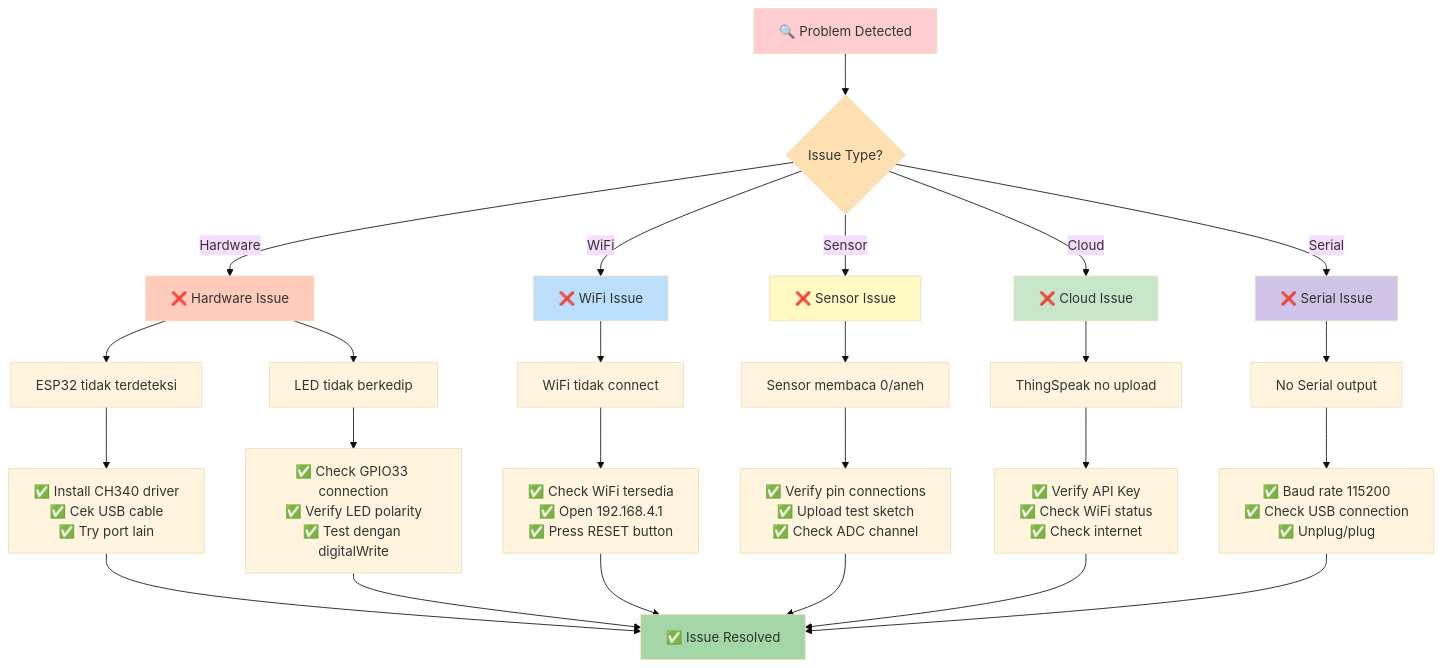
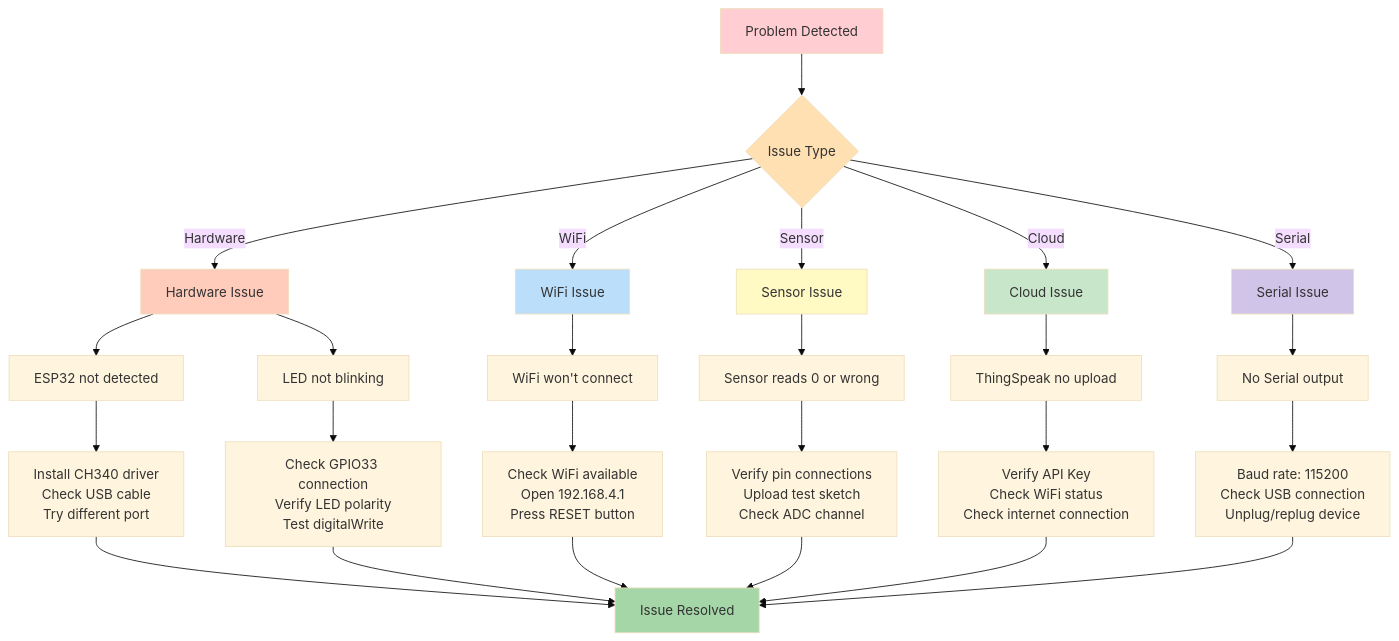
Before and after one commit to ficrammanifur/ESP32-RTOS-Environmental-Monitor: diagram 18 of 25 in README.md, drawn with Mermaid (base theme). The commit also changed other lines of this file, not shown here.

````diff
--- a/README.md
+++ b/README.md
@@ -990,44 +1025,44 @@
 ```mermaid
 graph TD
-    START["🔍 Problem Detected"] --> TYPE{Issue Type?}
+    START["Problem Detected"] --> TYPE{Issue Type}
     
-    TYPE -->|Hardware| HW["❌ Hardware Issue"]
-    TYPE -->|WiFi| WIFI["❌ WiFi Issue"]
-    TYPE -->|Sensor| SENSOR["❌ Sensor Issue"]
-    TYPE -->|Cloud| CLOUD["❌ Cloud Issue"]
-    TYPE -->|Serial| SERIAL["❌ Serial Issue"]
+    TYPE -->|Hardware| HW["Hardware Issue"]
+    TYPE -->|WiFi| WIFI["WiFi Issue"]
+    TYPE -->|Sensor| SENSOR["Sensor Issue"]
+    TYPE -->|Cloud| CLOUD["Cloud Issue"]
+    TYPE -->|Serial| SERIAL["Serial Issue"]
     
-    HW --> HW1["ESP32 tidak terdeteksi"]
-    HW1 --> HW1S["✅ Install CH340 driver<br/>✅ Cek USB cable<br/>✅ Try port lain"]
+    HW --> HW1["ESP32 not detected"]
+    HW1 --> HW1S["Install CH340 driver<br/>Check USB cable<br/>Try different port"]
     
-    HW --> HW2["LED tidak berkedip"]
-    HW2 --> HW2S["✅ Check GPIO33 connection<br/>✅ Verify LED polarity<br/>✅ Test dengan digitalWrite"]
+    HW --> HW2["LED not blinking"]
+    HW2 --> HW2S["Check GPIO33 connection<br/>Verify LED polarity<br/>Test digitalWrite"]
     
-    WIFI --> WIFI1["WiFi tidak connect"]
-    WIFI1 --> WIFI1S["✅ Check WiFi tersedia<br/>✅ Open 192.168.4.1<br/>✅ Press RESET button"]
+    WIFI --> WIFI1["WiFi won't connect"]
+    WIFI1 --> WIFI1S["Check WiFi available<br/>Open 192.168.4.1<br/>Press RESET button"]
     
-    SENSOR --> SENSOR1["Sensor membaca 0/aneh"]
-    SENSOR1 --> SENSOR1S["✅ Verify pin connections<br/>✅ Upload test sketch<br/>✅ Check ADC channel"]
+    SENSOR --> SENSOR1["Sensor reads 0 or wrong"]
+    SENSOR1 --> SENSOR1S["Verify pin connections<br/>Upload test sketch<br/>Check ADC channel"]
     
     CLOUD --> CLOUD1["ThingSpeak no upload"]
-    CLOUD1 --> CLOUD1S["✅ Verify API Key<br/>✅ Check WiFi status<br/>✅ Check internet"]
+    CLOUD1 --> CLOUD1S["Verify API Key<br/>Check WiFi status<br/>Check internet connection"]
     
     SERIAL --> SERIAL1["No Serial output"]
-    SERIAL1 --> SERIAL1S["✅ Baud rate 115200<br/>✅ Check USB connection<br/>✅ Unplug/plug"]
+    SERIAL1 --> SERIAL1S["Baud rate: 115200<br/>Check USB connection<br/>Unplug/replug device"]
     
-    HW1S --> END["✅ Issue Resolved"]
+    HW1S --> END["Issue Resolved"]
     HW2S --> END
     WIFI1S --> END
     SENSOR1S --> END
     CLOUD1S --> END
     SERIAL1S --> END
     
     style START fill:#ffcdd2
     style TYPE fill:#ffe0b2
     style HW fill:#ffccbc
     style WIFI fill:#bbdefb
     style SENSOR fill:#fff9c4
     style CLOUD fill:#c8e6c9
     style SERIAL fill:#d1c4e9
     style END fill:#a5d6a7
 ```
````
